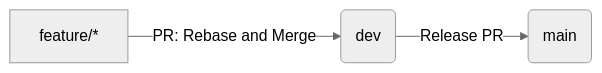
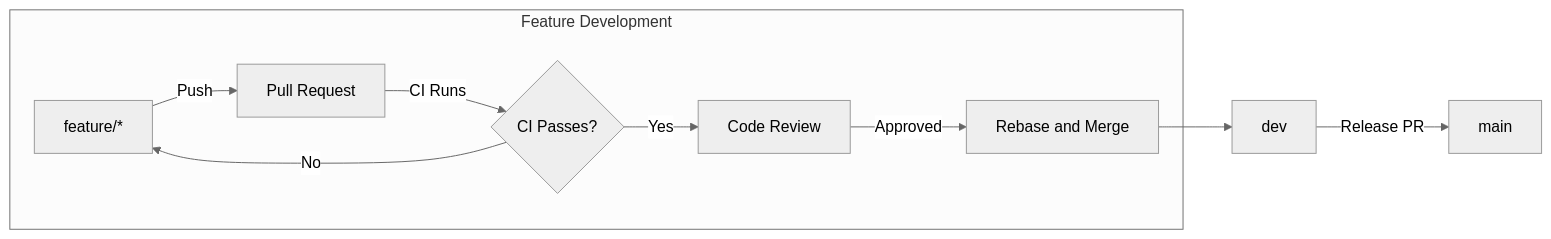
One commit to Eduardo-YGIAH/Eduardo-Neto-2025-26 changed the diagram in docs/git-workflow.md. Above: the diagram before and after it, drawn with Mermaid (neutral theme). The commit also changed other lines of this file and 1 other file, not shown here.

First line of the commit message:
docs: improve git workflow documentation per PR review

````diff
--- a/docs/git-workflow.md
+++ b/docs/git-workflow.md
@@ -47,5 +51,12 @@
 ```mermaid
 flowchart LR
-    A[feature/*] -->|PR: Rebase and Merge| B(dev)
-    B -->|Release PR| C(main)
+    subgraph FeatureDev [Feature Development]
+        F[feature/*] -->|Push| PR[Pull Request]
+        PR -->|CI Runs| CI{CI Passes?}
+        CI -->|No| F
+        CI -->|Yes| Review[Code Review]
+        Review -->|Approved| Merge["Rebase and Merge"]
+    end
+    Merge --> D[dev]
+    D -->|Release PR| M[main]
 ```
````
